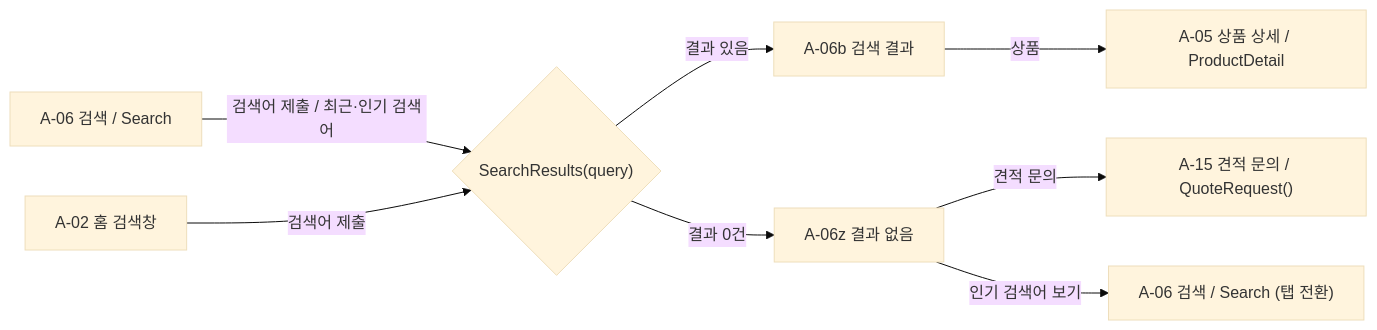
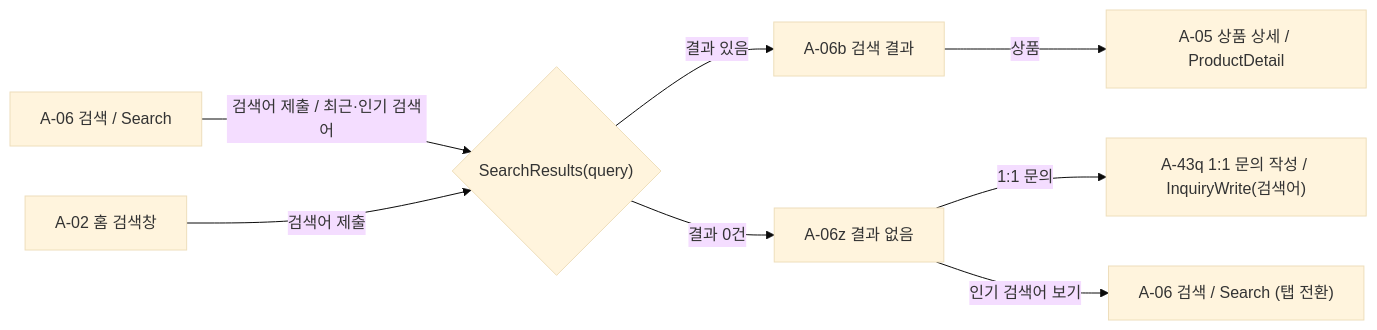
Before and after one commit to team-nativeLab/Eum-ShoppingMall-Android: the third of 9 diagrams in docs/APP_FLOW.md, drawn with Mermaid (base theme). The commit also changed other lines of this file and 226 other files, not shown here.

````diff
--- a/docs/APP_FLOW.md
+++ b/docs/APP_FLOW.md
@@ -77,10 +89,10 @@
 ```mermaid
 flowchart LR
     A06["A-06 검색 / Search"] -- 검색어 제출 / 최근·인기 검색어 --> R{"SearchResults(query)"}
     A02["A-02 홈 검색창"] -- 검색어 제출 --> R
     R -- 결과 있음 --> A06b["A-06b 검색 결과"]
     R -- 결과 0건 --> A06z["A-06z 결과 없음"]
     A06b -- 상품 --> A05["A-05 상품 상세 / ProductDetail"]
-    A06z -- 견적 문의 --> A15["A-15 견적 문의 / QuoteRequest()"]
+    A06z -- 1:1 문의 --> A43q["A-43q 1:1 문의 작성 / InquiryWrite(검색어)"]
     A06z -- 인기 검색어 보기 --> A06t["A-06 검색 / Search (탭 전환)"]
 ```
````
